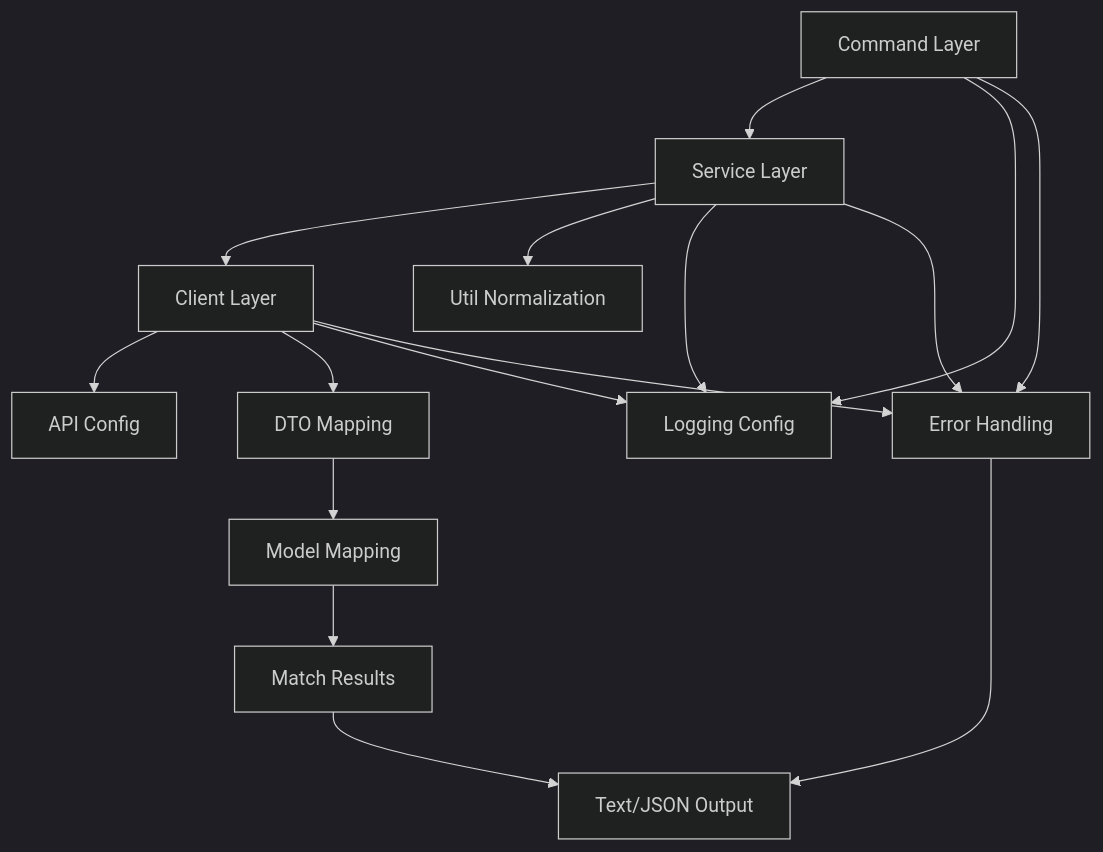
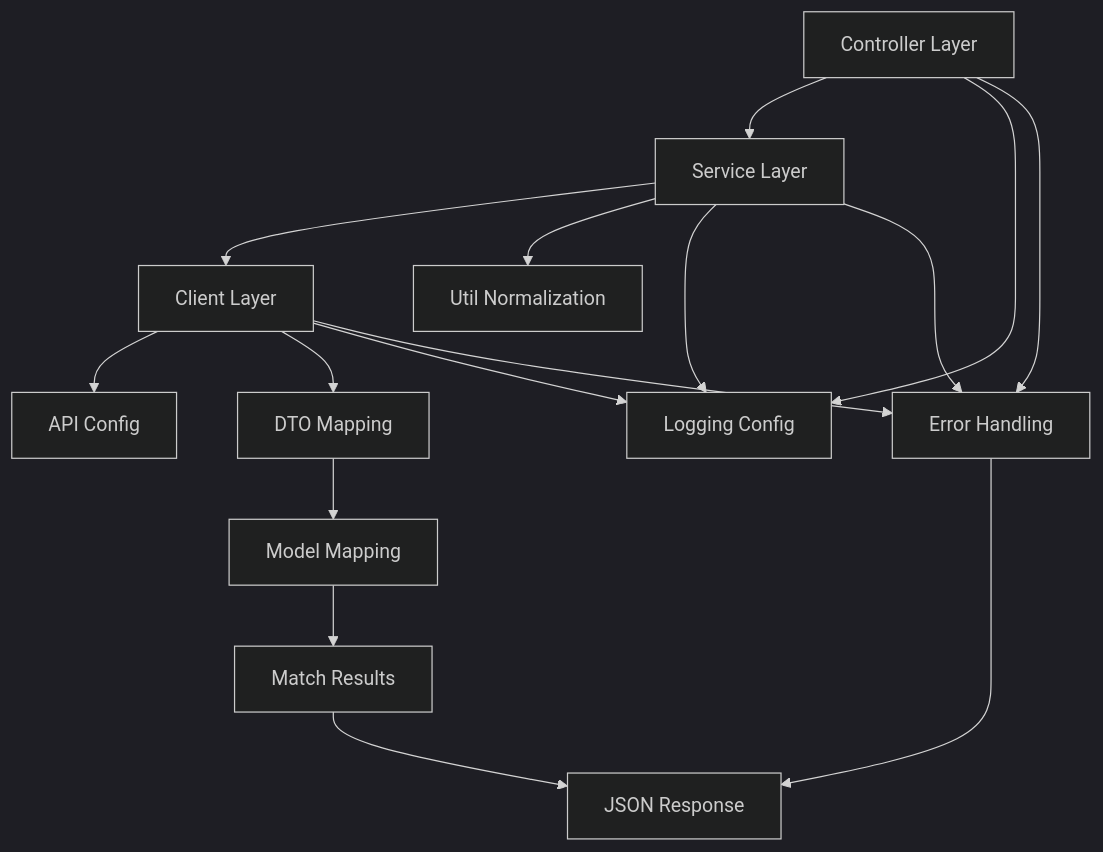
The second of 4 diagrams in architecture.md (prasadkeerthi/nitro-wizard-takehome), drawn with Mermaid (dark theme) before and after one commit. The commit also changed other lines of this file and 51 other files, not shown here.

````diff
--- a/architecture.md
+++ b/architecture.md
@@ -28,18 +28,18 @@
 ```mermaid
 flowchart TD
-    A[Command Layer] --> B[Service Layer]
+    A[Controller Layer] --> B[Service Layer]
     B --> C[Client Layer]
     C --> D[API Config]
     C --> E[DTO Mapping]
     E --> F[Model Mapping]
     B --> G[Util Normalization]
     F --> H[Match Results]
-    H --> I[Text/JSON Output]
+    H --> I[JSON Response]
     A --> J[Logging Config]
     B --> J
     C --> J
     A --> K[Error Handling]
     B --> K
     C --> K
     K --> I
 ```
````
